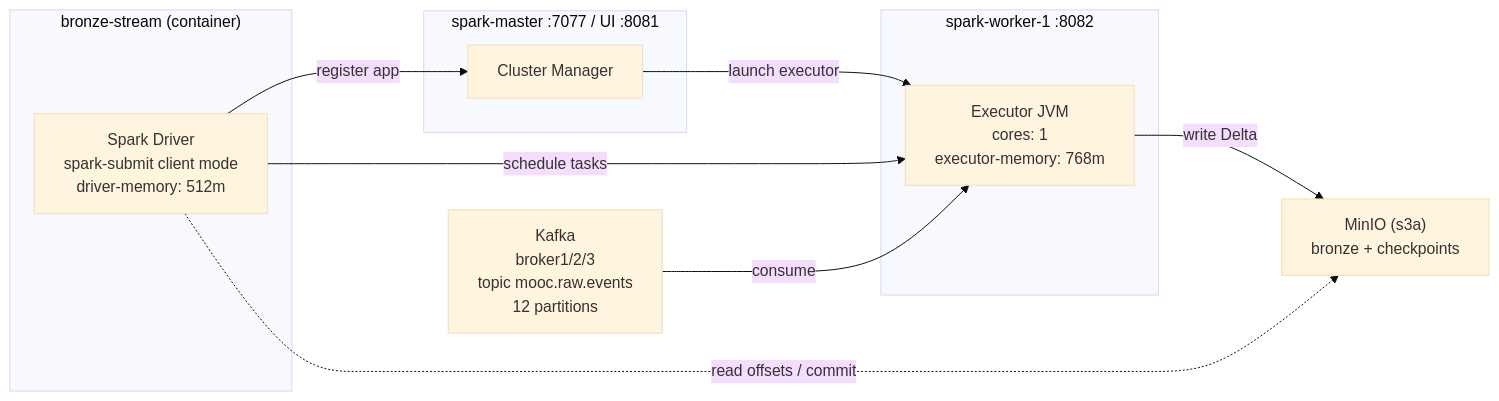
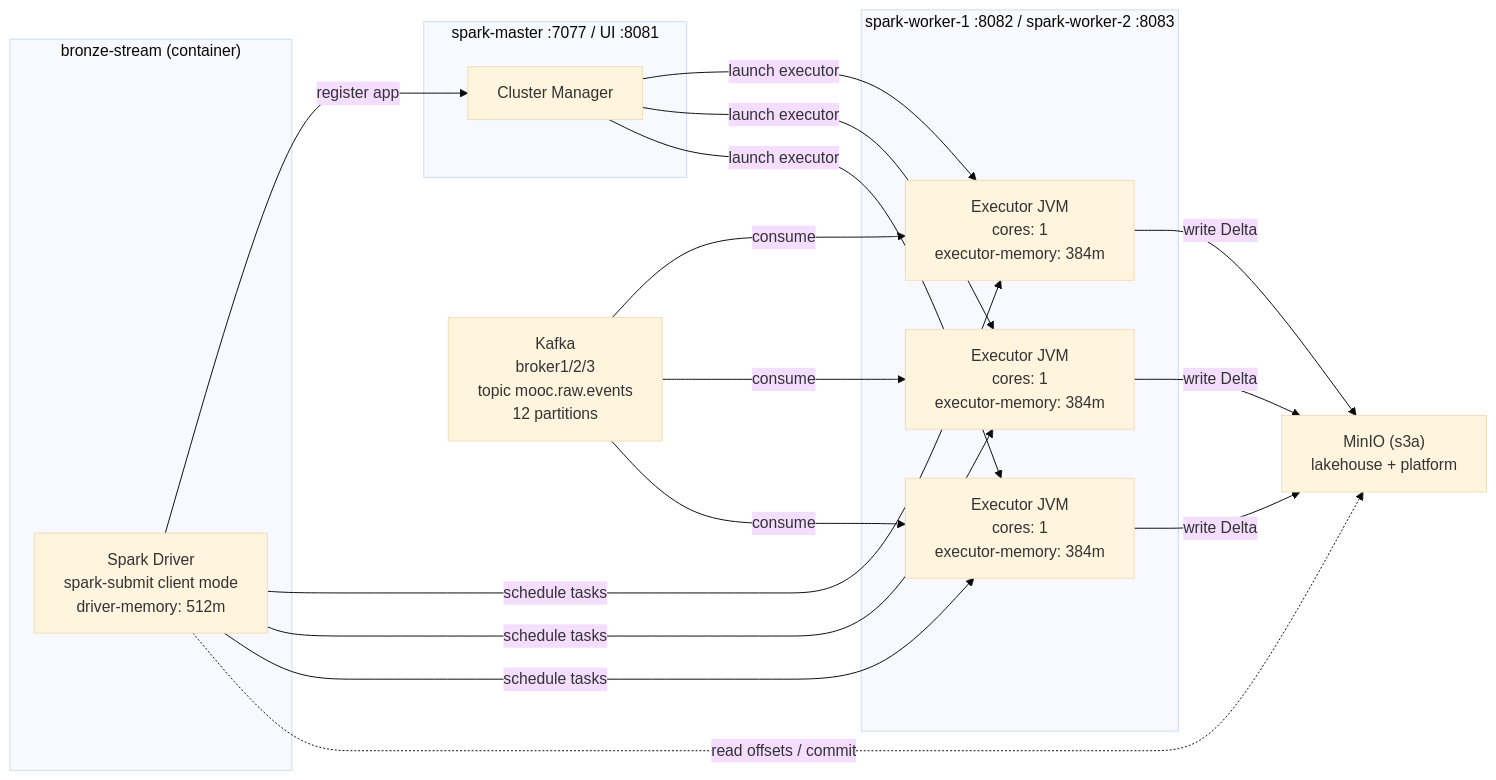
Before and after one commit to Cuong102904/LogAnalysisETL: the first of 3 diagrams in source/docs/spark-cluster-and-bronze-testing.md, drawn with Mermaid (base theme). The commit also changed other lines of this file and 394 other files, not shown here.

````diff
--- a/source/docs/spark-cluster-and-bronze-testing.md
+++ b/source/docs/spark-cluster-and-bronze-testing.md
@@ -11,24 +11,34 @@
 ```mermaid
 flowchart LR
     subgraph driverContainer["bronze-stream (container)"]
         driver["Spark Driver<br/>spark-submit client mode<br/>driver-memory: 512m"]
     end
 
     subgraph master["spark-master :7077 / UI :8081"]
         masterProc["Cluster Manager"]
     end
 
-    subgraph worker["spark-worker-1 :8082"]
-        executor["Executor JVM<br/>cores: 1<br/>executor-memory: 768m"]
+    subgraph workers["spark-worker-1 :8082 / spark-worker-2 :8083"]
+        executor1["Executor JVM<br/>cores: 1<br/>executor-memory: 384m"]
+        executor2["Executor JVM<br/>cores: 1<br/>executor-memory: 384m"]
+        executor3["Executor JVM<br/>cores: 1<br/>executor-memory: 384m"]
     end
 
     kafka["Kafka<br/>broker1/2/3<br/>topic mooc.raw.events<br/>12 partitions"]
-    minio["MinIO (s3a)<br/>bronze + checkpoints"]
+    minio["MinIO (s3a)<br/>lakehouse + platform"]
 
     driver -- "register app" --> masterProc
-    masterProc -- "launch executor" --> executor
-    driver -- "schedule tasks" --> executor
-    kafka -- "consume" --> executor
-    executor -- "write Delta" --> minio
+    masterProc -- "launch executor" --> executor1
+    masterProc -- "launch executor" --> executor2
+    masterProc -- "launch executor" --> executor3
+    driver -- "schedule tasks" --> executor1
+    driver -- "schedule tasks" --> executor2
+    driver -- "schedule tasks" --> executor3
+    kafka -- "consume" --> executor1
+    kafka -- "consume" --> executor2
+    kafka -- "consume" --> executor3
+    executor1 -- "write Delta" --> minio
+    executor2 -- "write Delta" --> minio
+    executor3 -- "write Delta" --> minio
     driver -. "read offsets / commit" .-> minio
 ```
````
